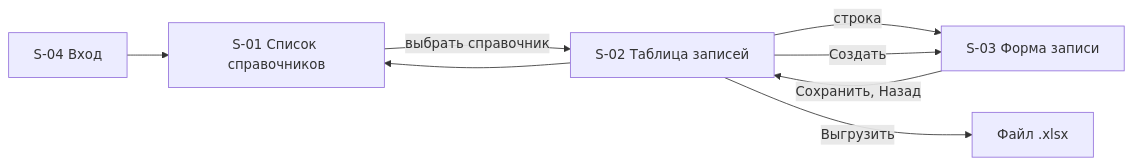
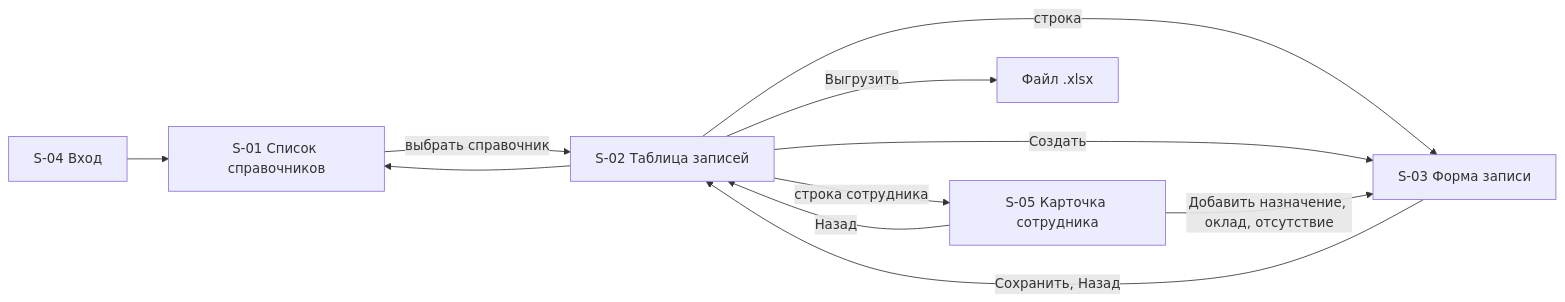
One commit to MEPhI-C22-501/arch-info-system-monorepo changed the diagram in reference-manager/documents/110.ui-ux.md. Above: the diagram before and after it, drawn with Mermaid. The commit also changed other lines of this file and 32 other files, not shown here.

````diff
--- a/reference-manager/documents/110.ui-ux.md
+++ b/reference-manager/documents/110.ui-ux.md
@@ -49,10 +63,13 @@
 ```mermaid
 flowchart LR
     S4["S-04 Вход"] --> S1["S-01 Список справочников"]
     S1 -->|"выбрать справочник"| S2["S-02 Таблица записей"]
     S2 -->|"строка"| S3["S-03 Форма записи"]
     S2 -->|"Создать"| S3
+    S2 -->|"строка сотрудника"| S5["S-05 Карточка сотрудника"]
+    S5 -->|"Добавить назначение, оклад, отсутствие"| S3
     S3 -->|"Сохранить, Назад"| S2
+    S5 -->|"Назад"| S2
     S2 -->|"Выгрузить"| X["Файл .xlsx"]
     S2 --> S1
 ```
````
